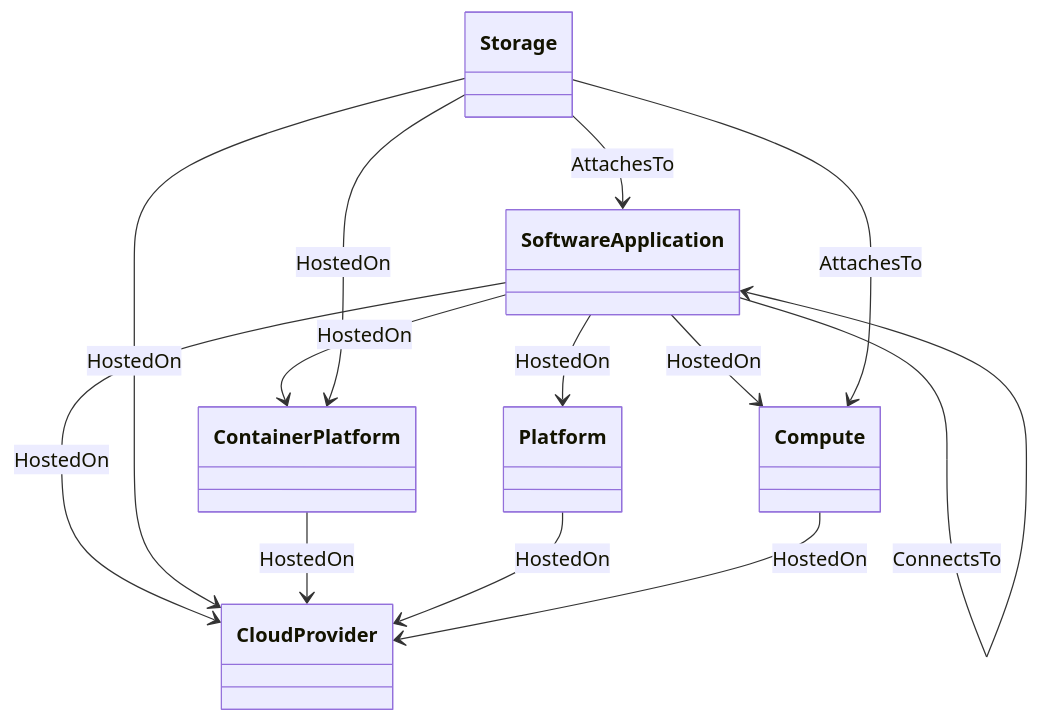
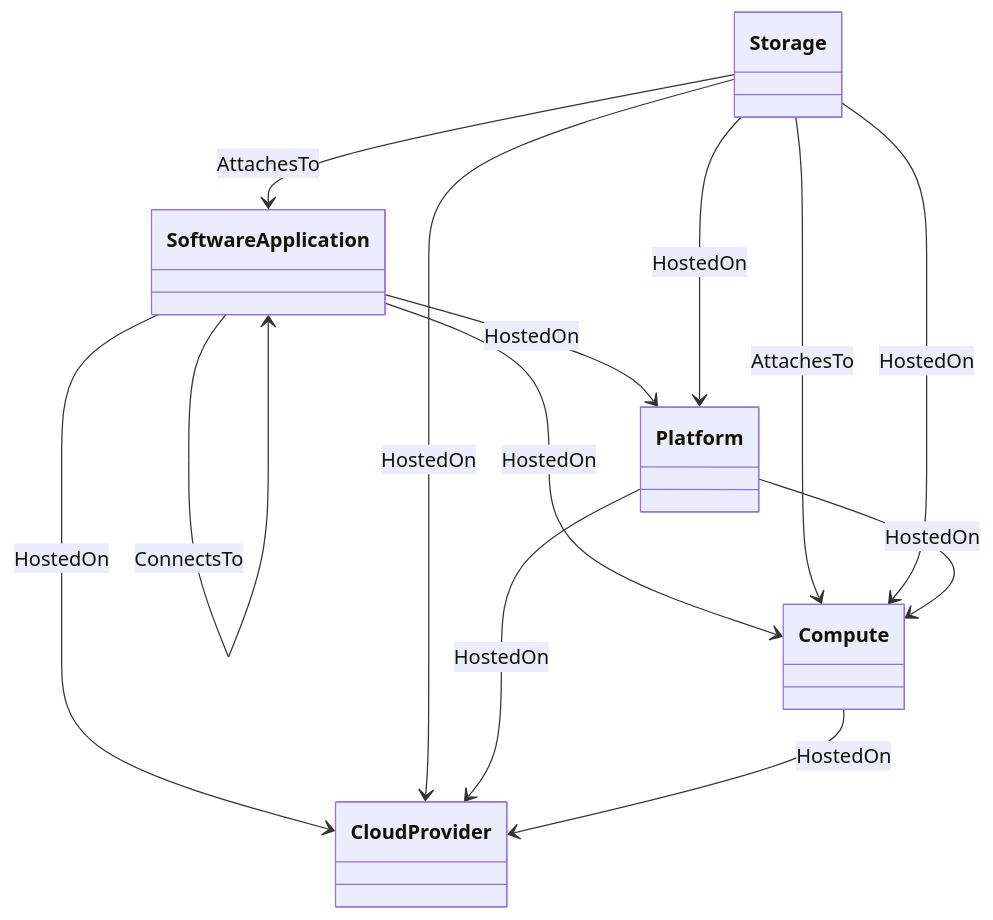
Before and after one commit to UST-DeMAF/demaf-type-definitions: the third of 3 diagrams in README.md, drawn with Mermaid. The commit also changed other lines of this file, not shown here.

Commit message:
Reorder the type diagram and draw relations at the Platform level
The top-level types appear in the order CloudProvider, Compute, Platform,
SoftwareApplication, Storage. The relation diagram shows the relations of
Platform, which apply to its subtypes, and adds storage hosted on Compute
and Platform and platforms hosted on Compute.

````diff
--- a/README.md
+++ b/README.md
@@ -139,23 +139,22 @@
 ```mermaid
 classDiagram
     direction TB
     class CloudProvider
     class Compute
     class Platform
-    class ContainerPlatform
     class SoftwareApplication
     class Storage
 
-    SoftwareApplication --> ContainerPlatform : HostedOn
     SoftwareApplication --> Platform : HostedOn
     SoftwareApplication --> Compute : HostedOn
     SoftwareApplication --> CloudProvider : HostedOn
     SoftwareApplication --> SoftwareApplication : ConnectsTo
     Storage --> SoftwareApplication : AttachesTo
     Storage --> Compute : AttachesTo
-    Storage --> ContainerPlatform : HostedOn
+    Storage --> Platform : HostedOn
+    Storage --> Compute : HostedOn
     Storage --> CloudProvider : HostedOn
-    ContainerPlatform --> CloudProvider : HostedOn
+    Platform --> Compute : HostedOn
     Platform --> CloudProvider : HostedOn
     Compute --> CloudProvider : HostedOn
 ```
````
